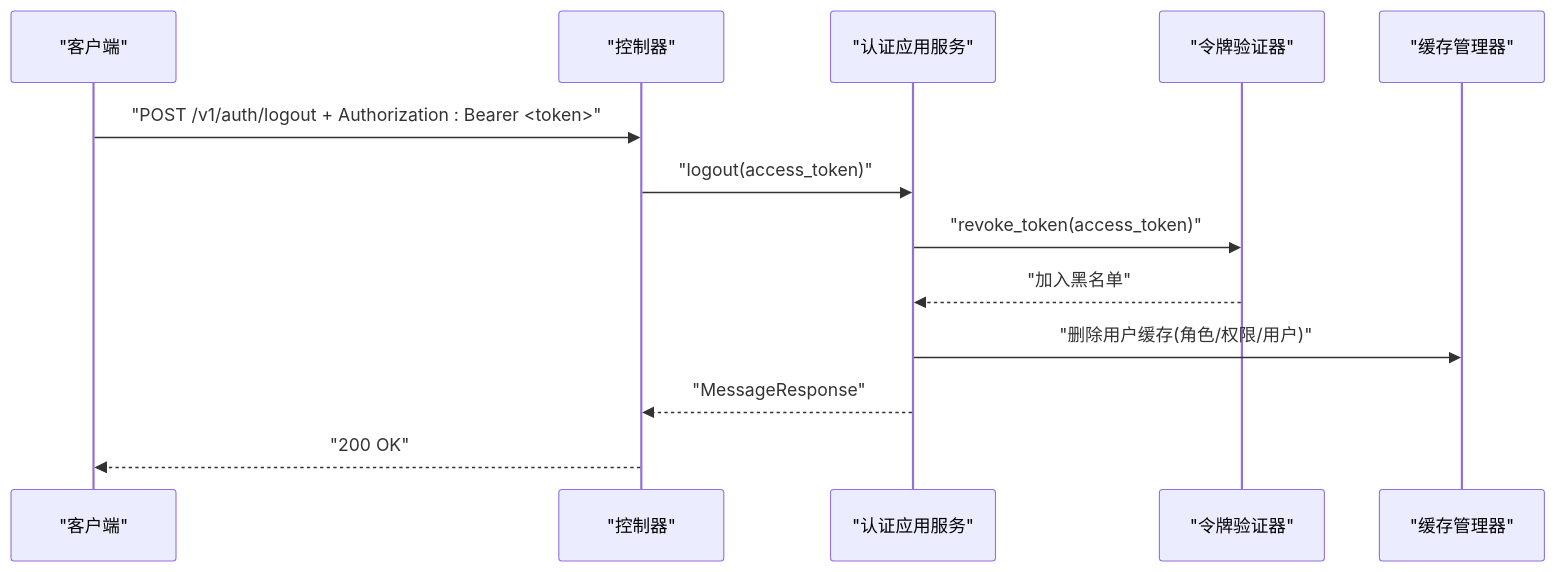
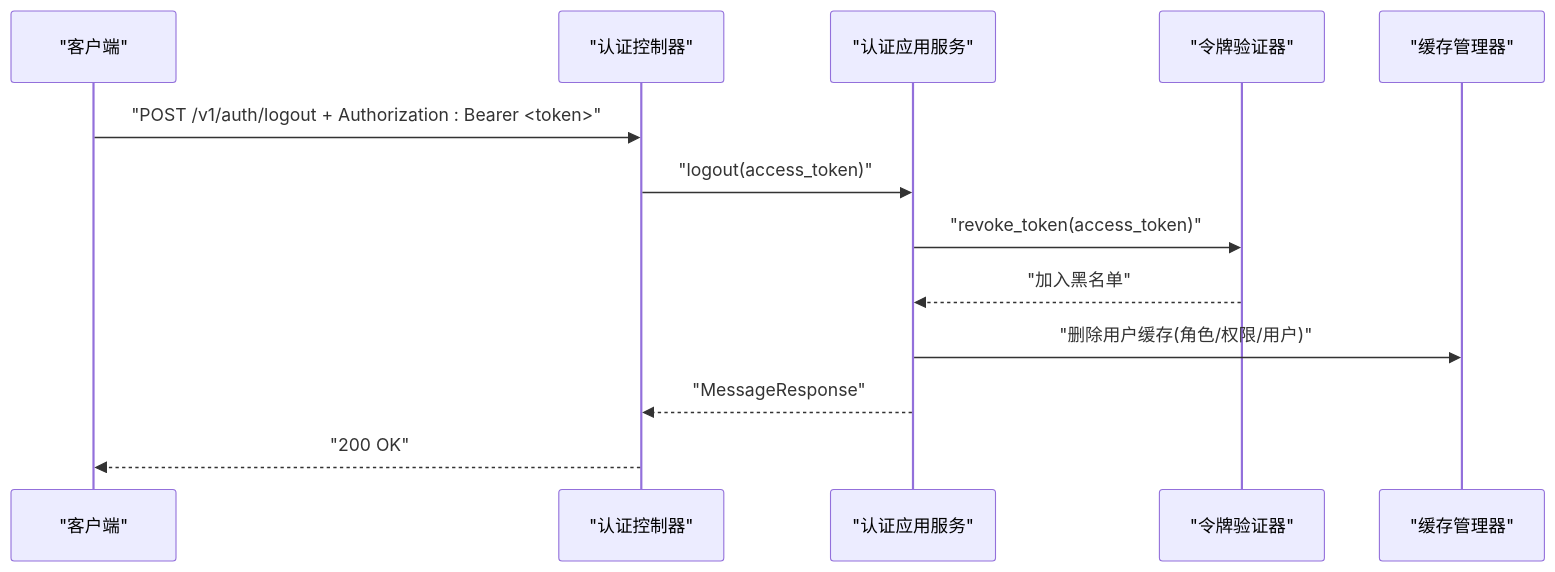
The fifth of 6 diagrams in .qoder/repowiki/zh/content/API 接口文档/认证接口.md (taoweidong/Hello-Django-Ninja-Api), drawn with Mermaid before and after one commit. The commit also changed other lines of this file and 7 other files, not shown here.

````diff
--- a/.qoder/repowiki/zh/content/API 接口文档/认证接口.md
+++ b/.qoder/repowiki/zh/content/API 接口文档/认证接口.md
@@ -255,15 +218,15 @@
 ```mermaid
 sequenceDiagram
 participant Client as "客户端"
-participant Ctrl as "控制器"
+participant Ctrl as "认证控制器"
 participant Svc as "认证应用服务"
 participant TV as "令牌验证器"
 participant Cache as "缓存管理器"
 Client->>Ctrl : "POST /v1/auth/logout + Authorization : Bearer <token>"
 Ctrl->>Svc : "logout(access_token)"
 Svc->>TV : "revoke_token(access_token)"
 TV-->>Svc : "加入黑名单"
 Svc->>Cache : "删除用户缓存(角色/权限/用户)"
 Svc-->>Ctrl : "MessageResponse"
 Ctrl-->>Client : "200 OK"
 ```
````
